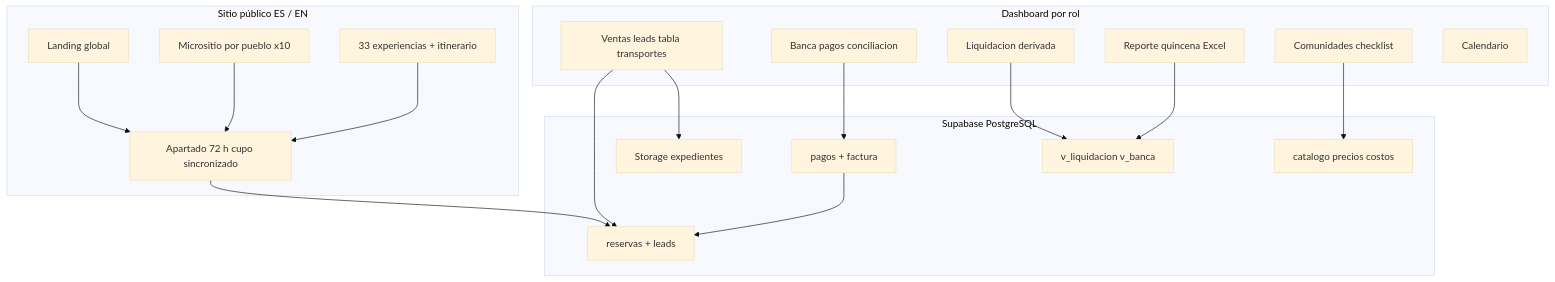
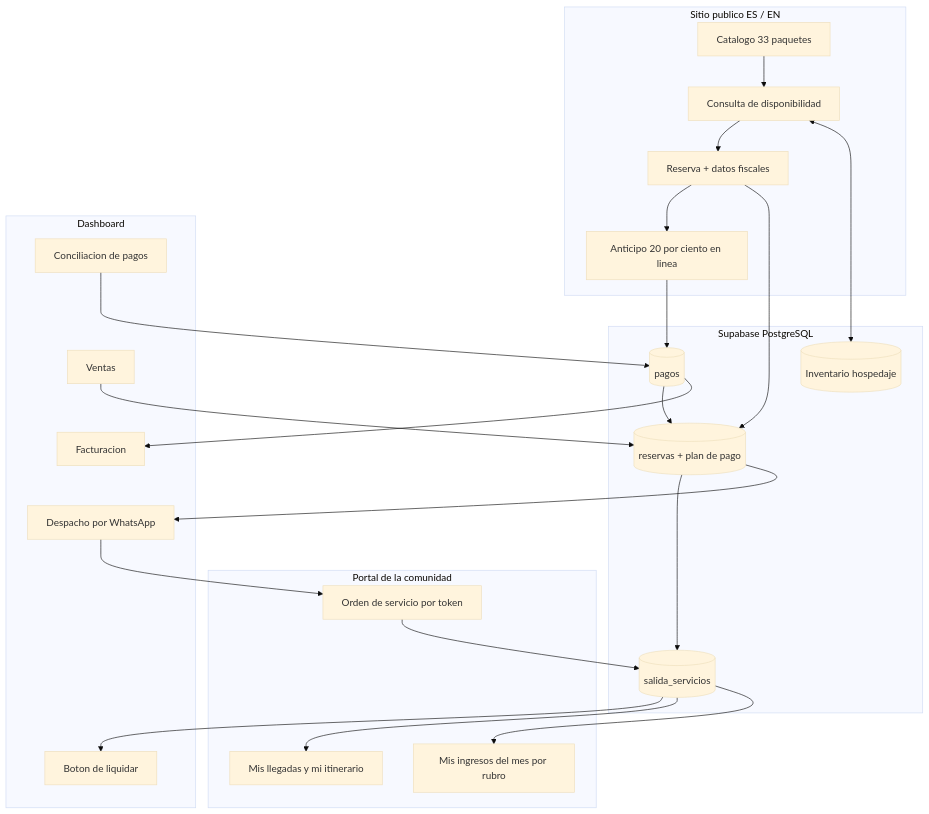
One commit to MarxMad/SierraNorte changed the diagram in docs/PROPUESTA-INTEGRAL-ESN.md. Above: the diagram before and after it, drawn with Mermaid (base theme). The commit also changed other lines of this file and 15 other files, not shown here.

````diff
--- a/docs/PROPUESTA-INTEGRAL-ESN.md
+++ b/docs/PROPUESTA-INTEGRAL-ESN.md
@@ -43,35 +233,40 @@
 ```mermaid
 flowchart TB
-  subgraph publico [Sitio público ES / EN]
-    Global[Landing global]
-    Micro[Micrositio por pueblo x10]
-    Exp[33 experiencias + itinerario]
-    Apartado[Apartado 72 h cupo sincronizado]
+  subgraph pub [Sitio publico ES / EN]
+    Cat[Catalogo 33 paquetes]
+    Disp[Consulta de disponibilidad]
+    Form[Reserva + datos fiscales]
+    Pay[Anticipo 20 por ciento en linea]
   end
-  subgraph operacion [Dashboard por rol]
-    Ventas[Ventas leads tabla transportes]
-    Banca[Banca pagos conciliacion]
-    Liq[Liquidacion derivada]
-    Quincena[Reporte quincena Excel]
-    Com[Comunidades checklist]
-    Cal[Calendario]
+  subgraph ope [Dashboard]
+    Ven[Ventas]
+    Con[Conciliacion de pagos]
+    Des[Despacho por WhatsApp]
+    Liq[Boton de liquidar]
+    Fac[Facturacion]
   end
-  subgraph datos [Supabase PostgreSQL]
-    Reservas[reservas + leads]
-    Pagos[pagos + factura]
-    Cat[catalogo precios costos]
-    Vistas[v_liquidacion v_banca]
-    Files[Storage expedientes]
+  subgraph com [Portal de la comunidad]
+    Ord[Orden de servicio por token]
+    Mis[Mis llegadas y mi itinerario]
+    Ing[Mis ingresos del mes por rubro]
   end
-  Global --> Apartado
-  Micro --> Apartado
-  Exp --> Apartado
-  Apartado --> Reservas
-  Ventas --> Reservas
-  Banca --> Pagos
-  Pagos --> Reservas
-  Liq --> Vistas
-  Quincena --> Vistas
-  Com --> Cat
-  Ventas --> Files
+  subgraph db [Supabase PostgreSQL]
+    Inv[(Inventario hospedaje)]
+    Res[(reservas + plan de pago)]
+    Sal[(salida_servicios)]
+    Pag[(pagos)]
+  end
+  Cat --> Disp --> Form --> Pay
+  Disp <--> Inv
+  Form --> Res
+  Pay --> Pag --> Res
+  Res --> Sal
+  Ven --> Res
+  Con --> Pag
+  Res --> Des --> Ord
+  Ord --> Sal
+  Sal --> Liq
+  Sal --> Mis
+  Sal --> Ing
+  Pag --> Fac
 ```
````
